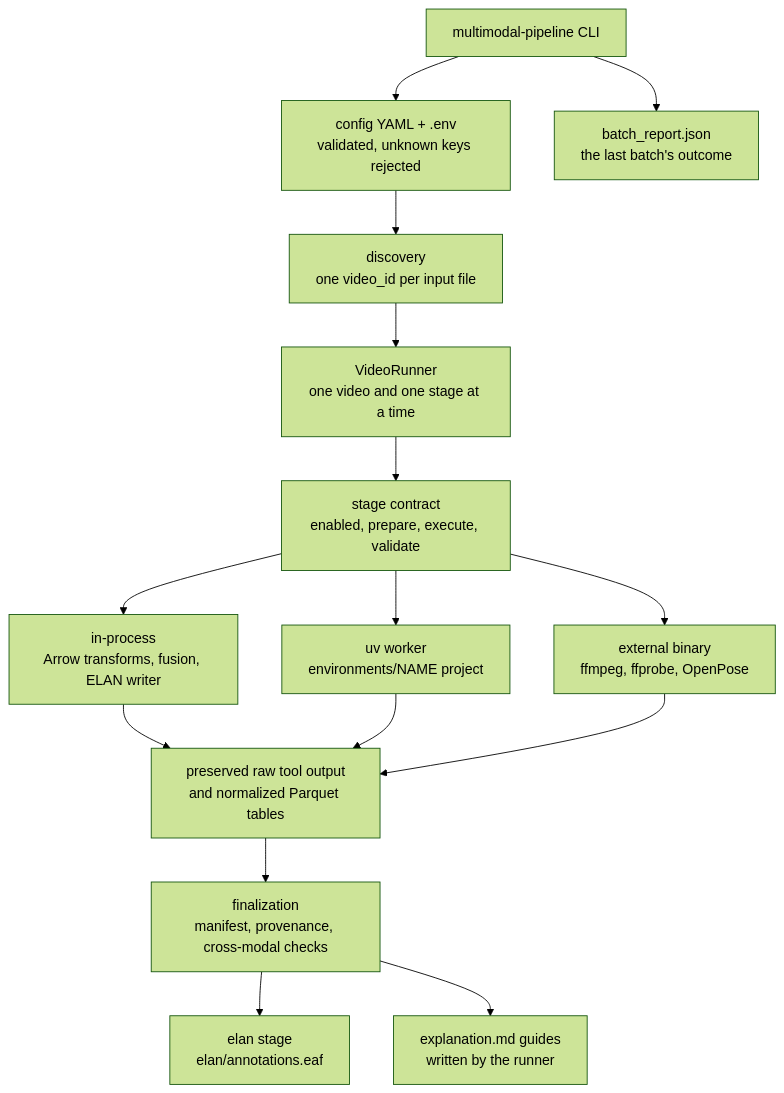
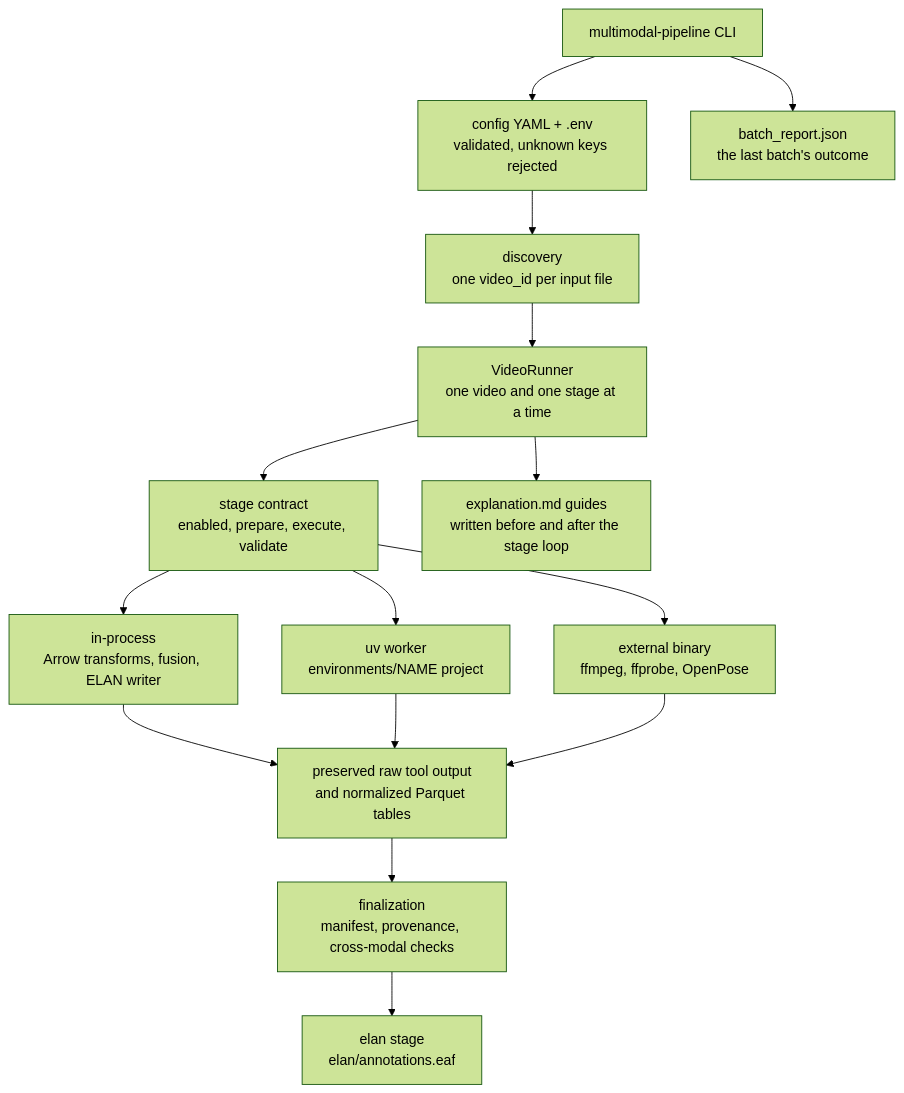
Before and after one commit to RaulKite/storytell-pipeline: the first of 4 diagrams in docs/architecture.md, drawn with Mermaid (forest theme). The commit also changed other lines of this file and 4 other files, not shown here.

First line of the commit message:
docs: correct walkthrough scoping, diarizer joins and diagram edges after review

````diff
--- a/docs/architecture.md
+++ b/docs/architecture.md
@@ -20,17 +20,17 @@
 ```mermaid
 flowchart TB
     cli["multimodal-pipeline CLI"] --> cfg["config YAML + .env<br/>validated, unknown keys rejected"]
     cfg --> disc["discovery<br/>one video_id per input file"]
     disc --> runner["VideoRunner<br/>one video and one stage at a time"]
     runner --> contract["stage contract<br/>enabled, prepare, execute, validate"]
     contract --> inproc["in-process<br/>Arrow transforms, fusion, ELAN writer"]
     contract --> worker["uv worker<br/>environments/NAME project"]
     contract --> binary["external binary<br/>ffmpeg, ffprobe, OpenPose"]
     inproc --> out["preserved raw tool output<br/>and normalized Parquet tables"]
     worker --> out
     binary --> out
     out --> fin["finalization<br/>manifest, provenance, cross-modal checks"]
     fin --> eaf["elan stage<br/>elan/annotations.eaf"]
-    fin --> summary["explanation.md guides<br/>written by the runner"]
+    runner --> guides["explanation.md guides<br/>written before and after the stage loop"]
     cli --> report["batch_report.json<br/>the last batch's outcome"]
 ```
````
